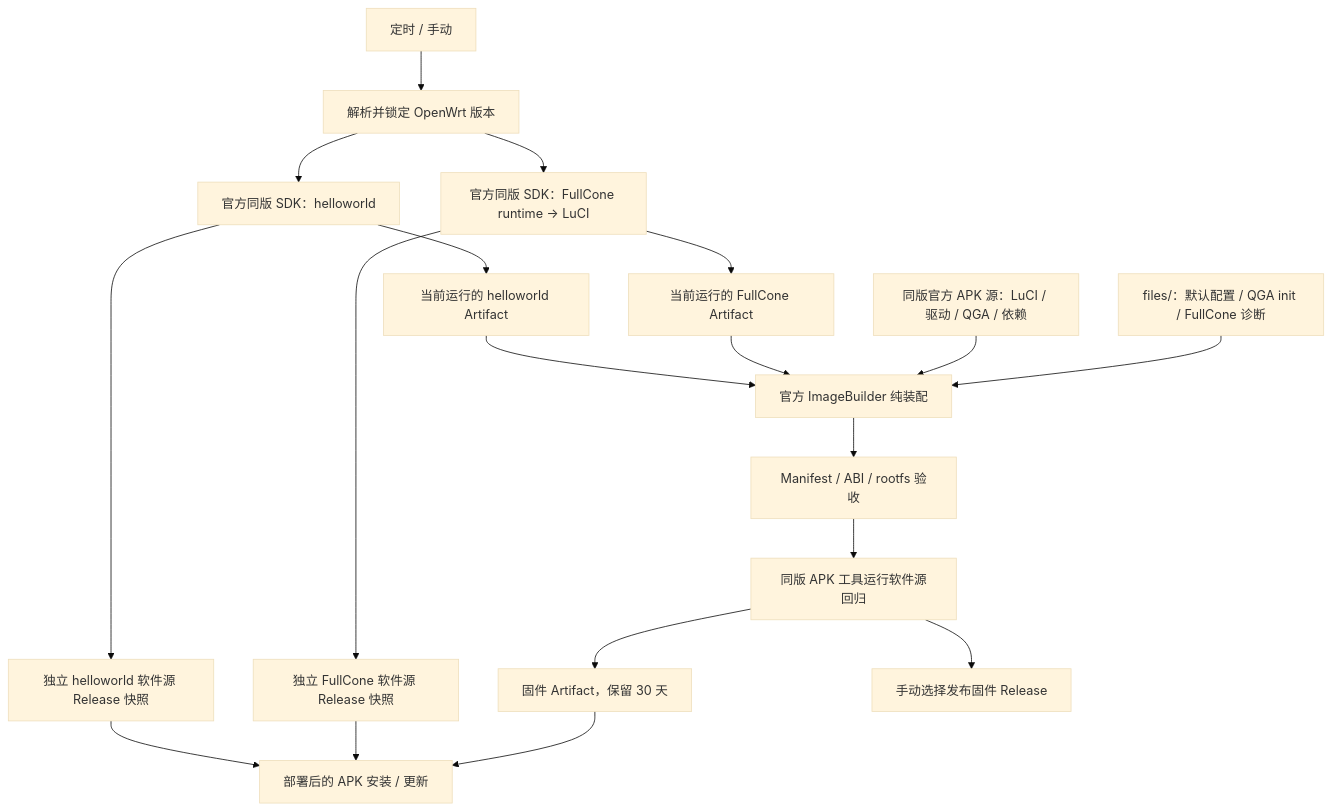
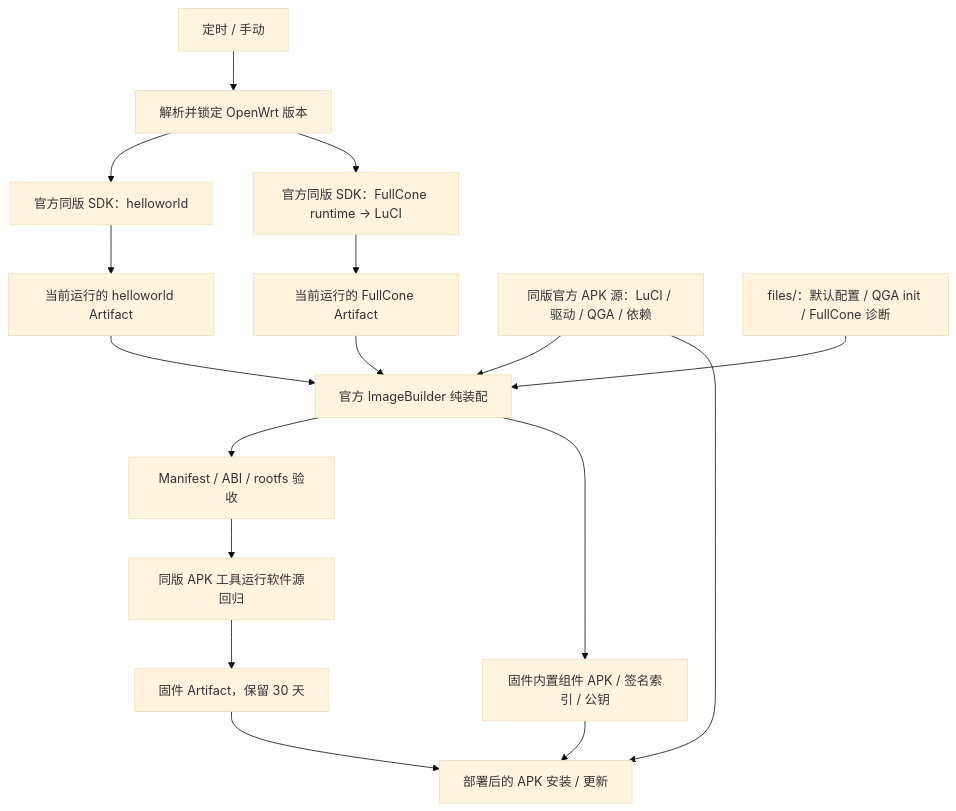
Before and after one commit to EluneAdore/openwrt-imagebuilder-ci: the diagram in docs/repository-analysis.md, drawn with Mermaid (base theme). The commit also changed other lines of this file and 10 other files, not shown here.

First line of the commit message:
Refactor custom APK feed tests for embedded assets and remove GitHub mock dependencies

````diff
--- a/docs/repository-analysis.md
+++ b/docs/repository-analysis.md
@@ -11,21 +11,19 @@
 ```mermaid
 flowchart TD
     trigger["定时 / 手动"] --> resolve["解析并锁定 OpenWrt 版本"]
     resolve --> hw["官方同版 SDK：helloworld"]
     resolve --> fc["官方同版 SDK：FullCone runtime → LuCI"]
-    hw --> hwr["独立 helloworld 软件源 Release 快照"]
     hw --> hwa["当前运行的 helloworld Artifact"]
-    fc --> fcr["独立 FullCone 软件源 Release 快照"]
     fc --> fca["当前运行的 FullCone Artifact"]
     hwa --> assembly["官方 ImageBuilder 纯装配"]
     fca --> assembly
     official["同版官方 APK 源：LuCI / 驱动 / QGA / 依赖"] --> assembly
     overlay["files/：默认配置 / QGA init / FullCone 诊断"] --> assembly
     assembly --> validation["Manifest / ABI / rootfs 验收"]
     validation --> regression["同版 APK 工具运行软件源回归"]
     regression --> output["固件 Artifact，保留 30 天"]
-    regression --> release["手动选择发布固件 Release"]
-    hwr --> deployed["部署后的 APK 安装 / 更新"]
-    fcr --> deployed
+    assembly --> embedded["固件内置组件 APK / 签名索引 / 公钥"]
+    embedded --> deployed["部署后的 APK 安装 / 更新"]
+    official --> deployed
     output --> deployed
 ```
````
